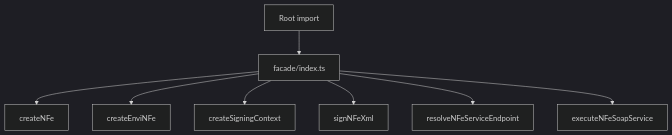
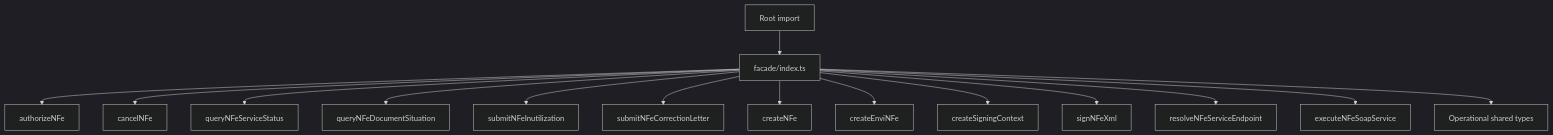
Before and after one commit to linkiez/nfe_sdk: the diagram in src/canonical/facade/index.doc.md, drawn with Mermaid (dark theme). The commit also changed other lines of this file and 97 other files, not shown here.

````diff
--- a/src/canonical/facade/index.doc.md
+++ b/src/canonical/facade/index.doc.md
@@ -21,10 +25,17 @@
 ```mermaid
 flowchart TD
   A[Root import] --> B[facade/index.ts]
-  B --> C[createNFe]
-  B --> D[createEnviNFe]
-  B --> E[createSigningContext]
-  B --> F[signNFeXml]
-  B --> G[resolveNFeServiceEndpoint]
-  B --> H[executeNFeSoapService]
+  B --> C[authorizeNFe]
+  B --> D[cancelNFe]
+  B --> E[queryNFeServiceStatus]
+  B --> F[queryNFeDocumentSituation]
+  B --> G[submitNFeInutilization]
+  B --> H[submitNFeCorrectionLetter]
+  B --> I[createNFe]
+  B --> J[createEnviNFe]
+  B --> K[createSigningContext]
+  B --> L[signNFeXml]
+  B --> M[resolveNFeServiceEndpoint]
+  B --> N[executeNFeSoapService]
+  B --> O[Operational shared types]
 ```
````
